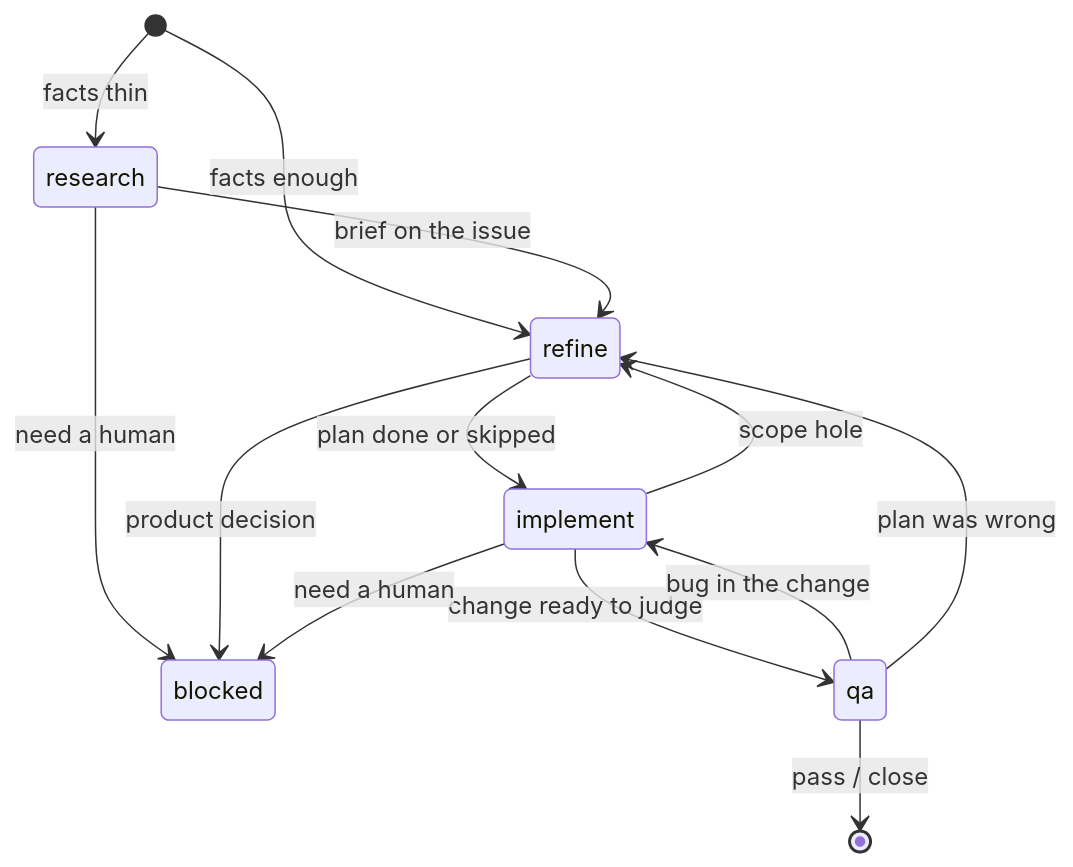
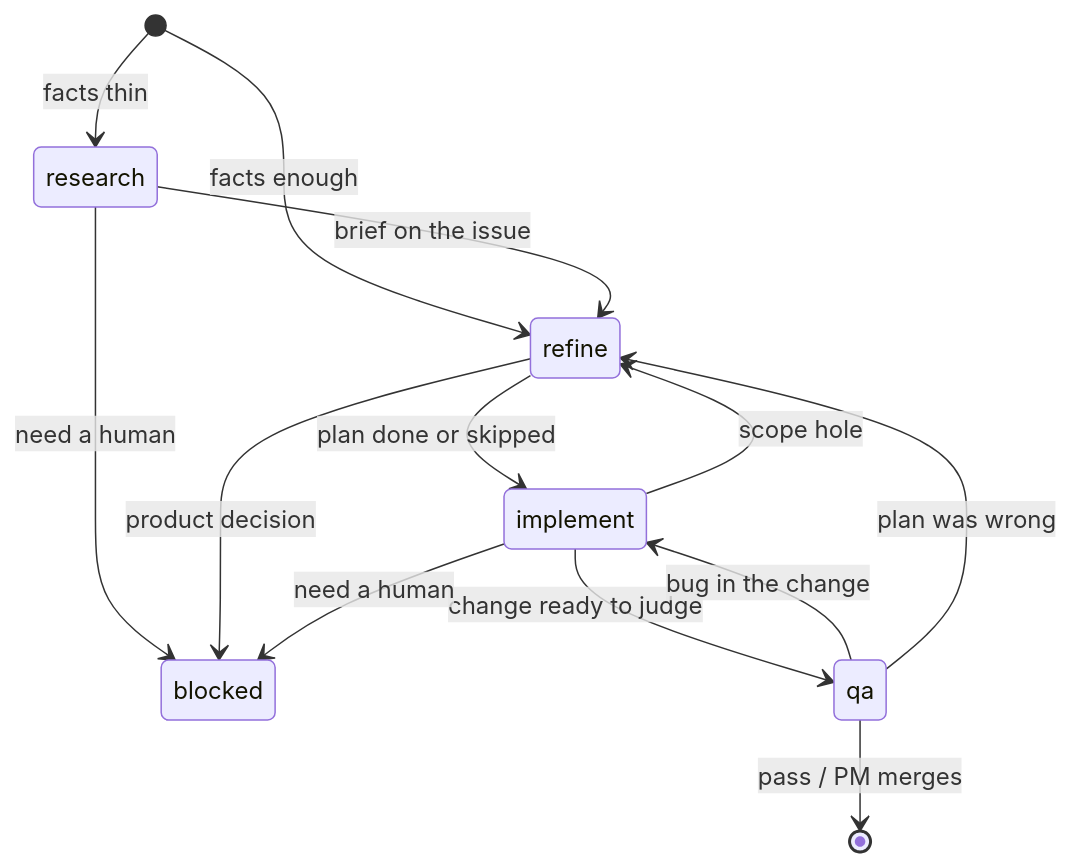
One commit to mikemajara/mstack changed the diagram in references/workflow.md. Above: the diagram before and after it, drawn with Mermaid. The commit also changed 11 other files, not shown here.

````diff
--- a/references/workflow.md
+++ b/references/workflow.md
@@ -5,15 +5,15 @@
 ```mermaid
 stateDiagram-v2
   [*] --> research: facts thin
   [*] --> refine: facts enough
   research --> refine: brief on the issue
   research --> blocked: need a human
   refine --> implement: plan done or skipped
   refine --> blocked: product decision
   implement --> qa: change ready to judge
   implement --> refine: scope hole
   implement --> blocked: need a human
-  qa --> [*]: pass / close
+  qa --> [*]: pass / PM merges
   qa --> implement: bug in the change
   qa --> refine: plan was wrong
 ```
````
